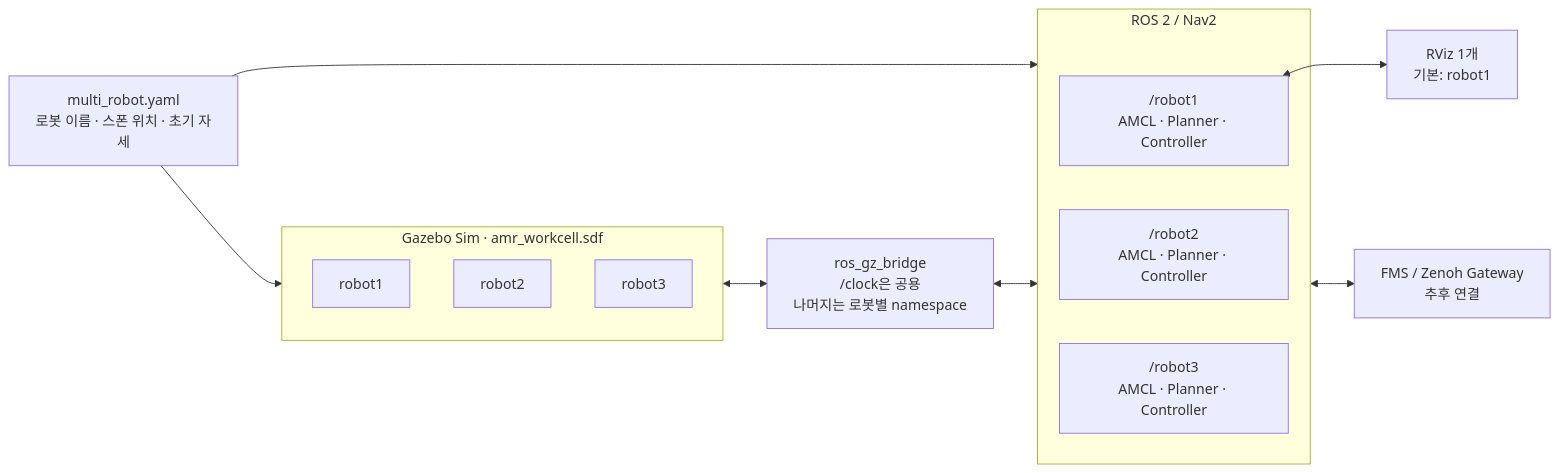
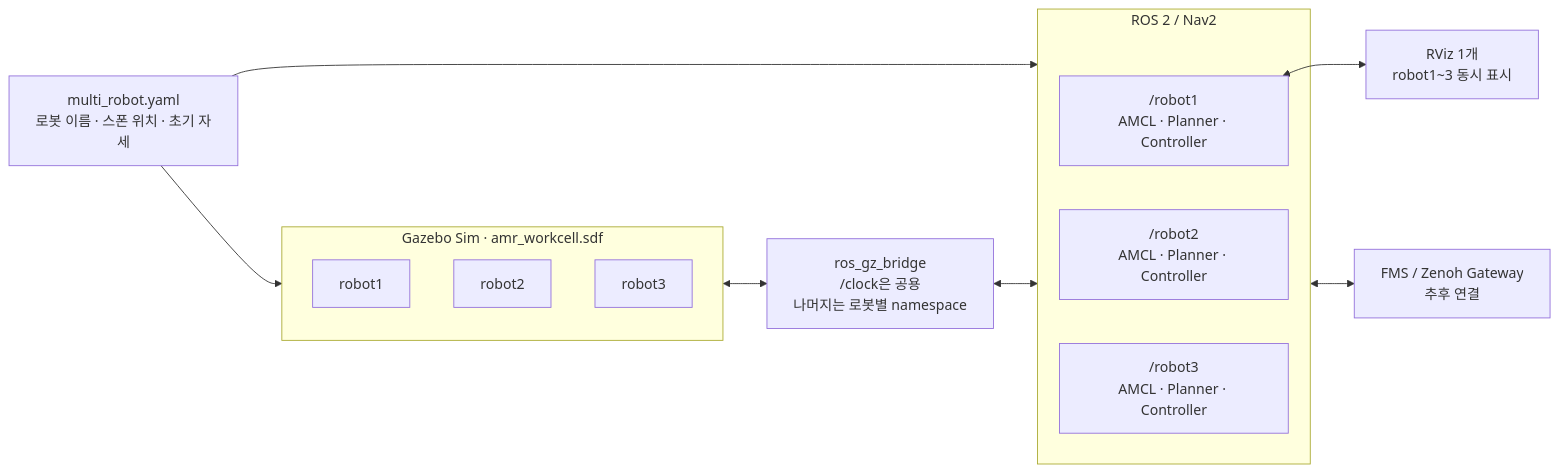
The diagram in docs/multi_robot_navigation.md (E1I6-Logistics/Logistics_AMR), drawn with Mermaid before and after one commit. The commit also changed other lines of this file and 21 other files, not shown here.

````diff
--- a/docs/multi_robot_navigation.md
+++ b/docs/multi_robot_navigation.md
@@ -9,28 +9,28 @@
 ```mermaid
 flowchart LR
     CONFIG["multi_robot.yaml<br/>로봇 이름 · 스폰 위치 · 초기 자세"]
 
     subgraph SIM["Gazebo Sim · amr_workcell.sdf"]
         GZ1["robot1"]
         GZ2["robot2"]
         GZ3["robot3"]
     end
 
     BRIDGE["ros_gz_bridge<br/>/clock은 공용<br/>나머지는 로봇별 namespace"]
 
     subgraph ROS["ROS 2 / Nav2"]
         N1["/robot1<br/>AMCL · Planner · Controller"]
         N2["/robot2<br/>AMCL · Planner · Controller"]
         N3["/robot3<br/>AMCL · Planner · Controller"]
     end
 
-    RVIZ["RViz 1개<br/>기본: robot1"]
+    RVIZ["RViz 1개<br/>robot1~3 동시 표시"]
     FMS["FMS / Zenoh Gateway<br/>추후 연결"]
 
     CONFIG --> SIM
     CONFIG --> ROS
     SIM <--> BRIDGE
     BRIDGE <--> ROS
     N1 <--> RVIZ
     ROS <--> FMS
 ```
````
